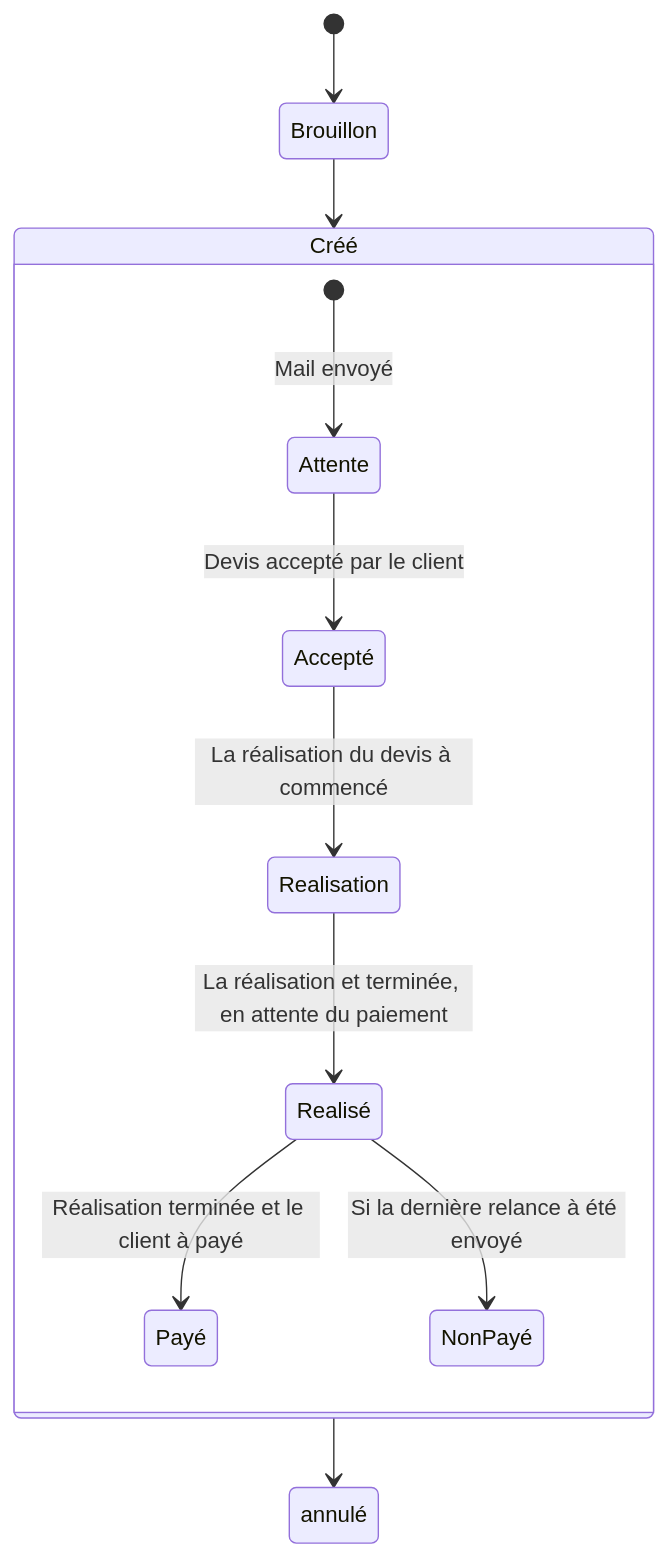
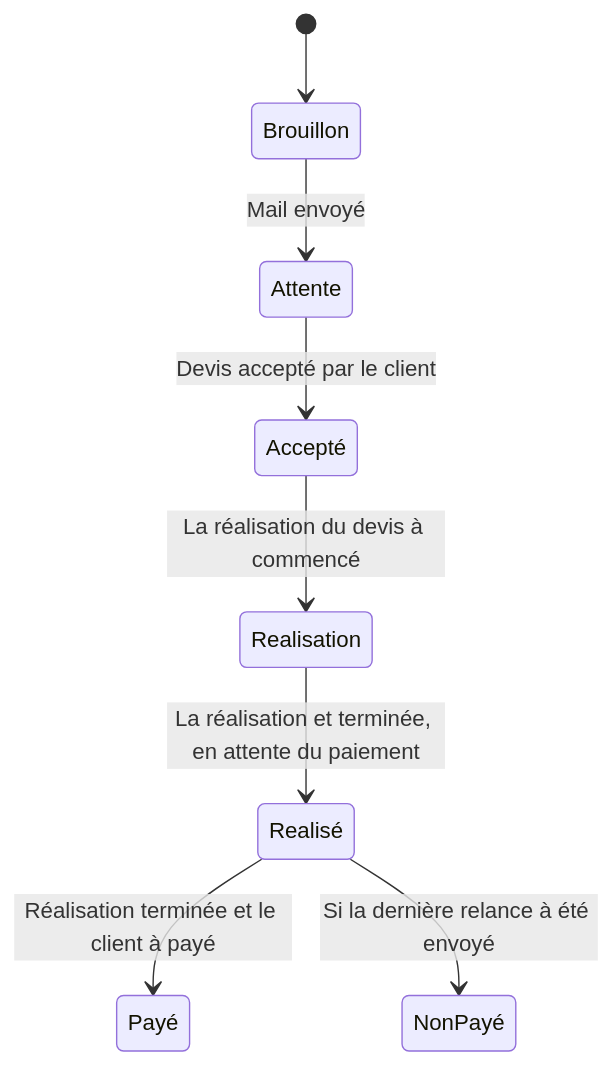
Before and after one commit to CRMGenerator3000/Projet-CRMW: the sixth of 8 diagrams in Informations_projet/Description complète du projet.md, drawn with Mermaid. The commit also changed other lines of this file, not shown here.

````diff
--- a/Informations_projet/Description complète du projet.md
+++ b/Informations_projet/Description complète du projet.md
@@ -576,16 +566,11 @@
 ```mermaid
 stateDiagram-v2
 	[*] --> Brouillon
-	Brouillon --> Créé
-	
-	state Créé {
-	[*] --> Attente : Mail envoyé
+	Brouillon -->Attente : Mail envoyé
 	Attente --> Accepté : Devis accepté par le client
 	Accepté --> Realisation : La réalisation du devis à commencé
 	Realisation --> Realisé : La réalisation et terminée, en attente du paiement
 	Realisé --> Payé : Réalisation terminée et le client à payé
 	Realisé --> NonPayé : Si la dernière relance à été envoyé
-	}
-	Créé --> annulé
 	
 ```
````
